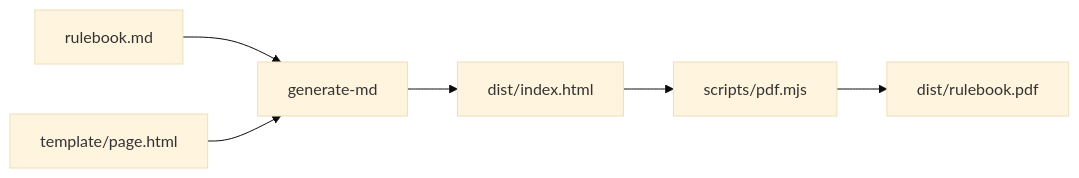
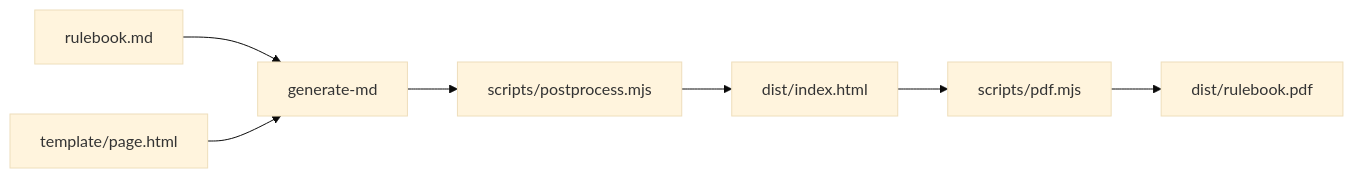
One commit to sauvc/rulebook changed the diagram in README.md. Above: the diagram before and after it, drawn with Mermaid (base theme). The commit also changed other lines of this file and 13 other files, not shown here.

````diff
--- a/README.md
+++ b/README.md
@@ -29,6 +29,6 @@
 ```mermaid
 flowchart LR
-    MD[rulebook.md] --> GM[generate-md] --> HTML[dist/index.html]
+    MD[rulebook.md] --> GM[generate-md] --> POST[scripts/postprocess.mjs] --> HTML[dist/index.html]
     T[template/page.html] --> GM
     HTML --> PDF[scripts/pdf.mjs] --> OUT[dist/rulebook.pdf]
 ```
````
